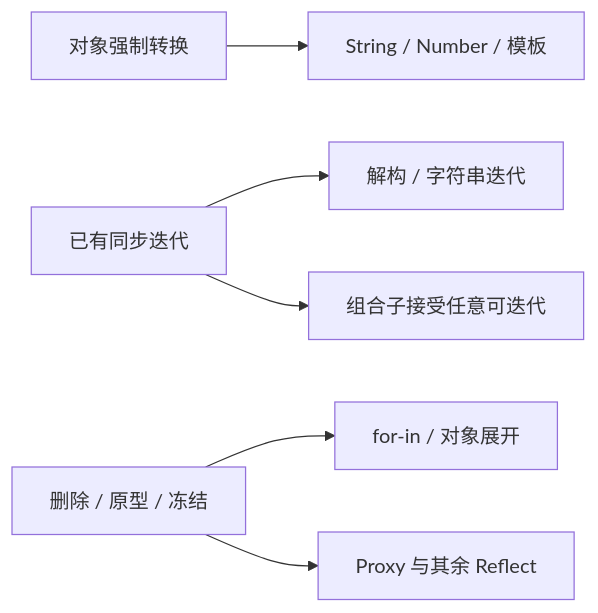
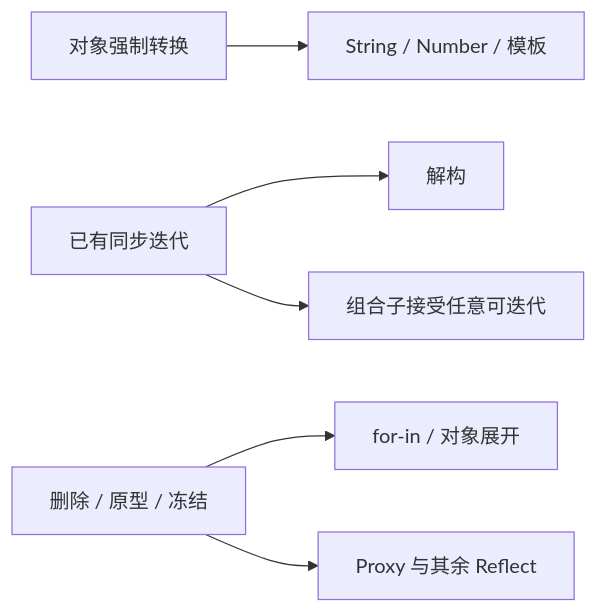
One commit to codehz/yield-js changed the diagram in docs/gaps.md. Above: the diagram before and after it, drawn with Mermaid. The commit also changed other lines of this file and 8 other files, not shown here.

````diff
--- a/docs/gaps.md
+++ b/docs/gaps.md
@@ -95,8 +95,8 @@
 ```mermaid
 flowchart LR
   C[对象强制转换] --> S[String / Number / 模板]
-  I[已有同步迭代] --> D[解构 / 字符串迭代]
+  I[已有同步迭代] --> D[解构]
   I --> P[组合子接受任意可迭代]
   K[删除 / 原型 / 冻结] --> N[for-in / 对象展开]
   K --> R[Proxy 与其余 Reflect]
 ```
````
